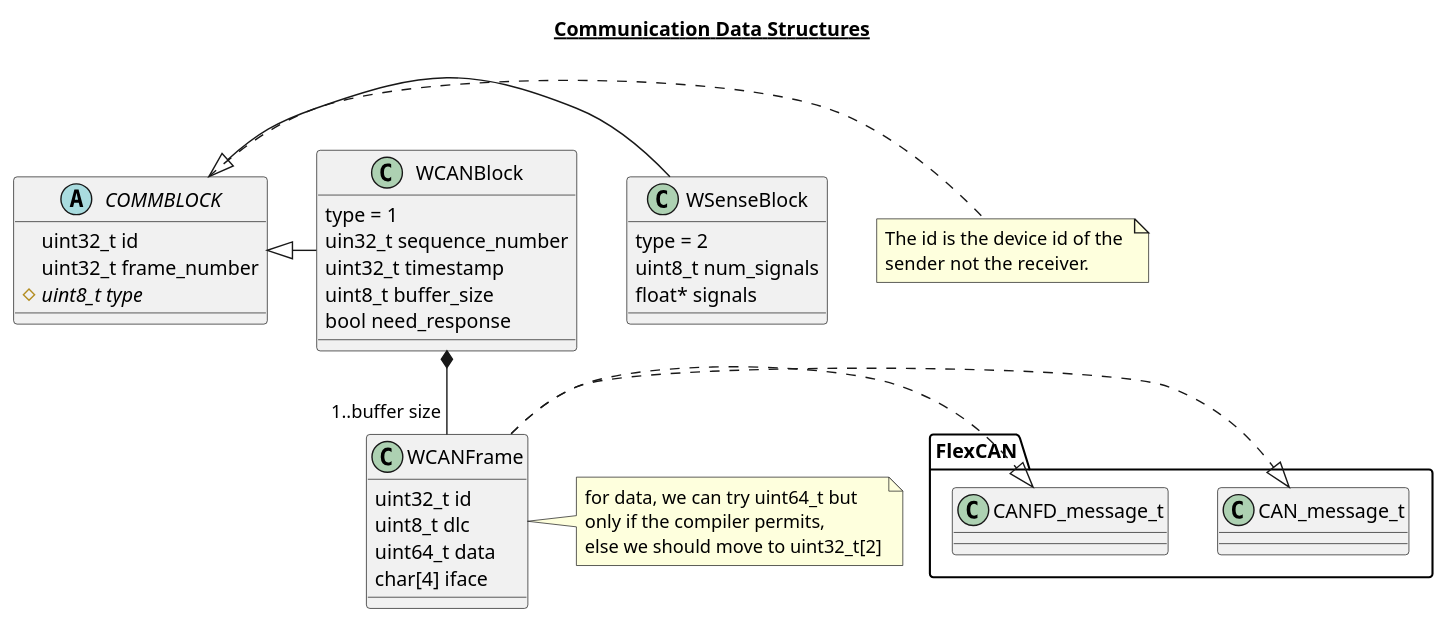
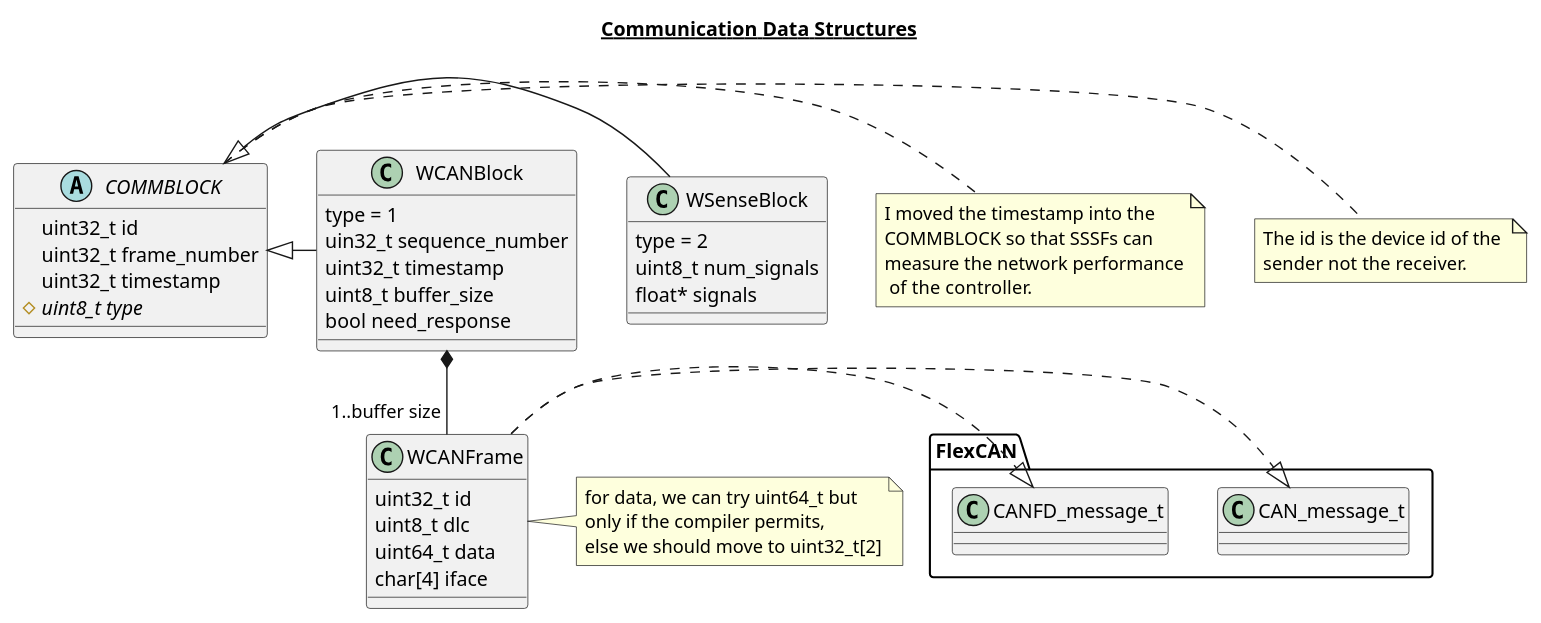
The second of 7 diagrams in Doc/Documentation.md (SystemsCyber/Software-Defined-Truck), drawn with PlantUML before and after one commit. The commit also changed other lines of this file and 1 other file, not shown here.

Commit message:
Updated Documentation to match the SSSF network stats changes.

````diff
--- a/Doc/Documentation.md
+++ b/Doc/Documentation.md
@@ -40,38 +40,41 @@
 ```plantuml
 @startuml
     title <u>Communication Data Structures</u>
 
     abstract class COMMBLOCK{
         uint32_t id
         uint32_t frame_number
+        uint32_t timestamp
         {abstract} # uint8_t type
     }
     note right of COMMBLOCK: The id is the device id of the \nsender not the receiver.
+    note right of COMMBLOCK: I moved the timestamp into the\nCOMMBLOCK so that SSSFs can\nmeasure the network performance\n of the controller. 
+
     class WSenseBlock{
         type = 2
         uint8_t num_signals
         float* signals
     }
     COMMBLOCK <|- WSenseBlock
 
     class WCANFrame{
         uint32_t id
         uint8_t dlc
         uint64_t data
         char[4] iface
     }
     WCANFrame .|> FlexCAN.CAN_message_t
     WCANFrame .|> FlexCAN.CANFD_message_t
     note right of WCANFrame: for data, we can try uint64_t but \nonly if the compiler permits, \nelse we should move to uint32_t[2]
     class WCANBlock{
         type = 1
         uin32_t sequence_number
         uint32_t timestamp 
         uint8_t buffer_size
         bool need_response
     }
 
     COMMBLOCK <|- WCANBlock
     WCANBlock *--"1..buffer size"WCANFrame 
 @enduml
 ```
````
